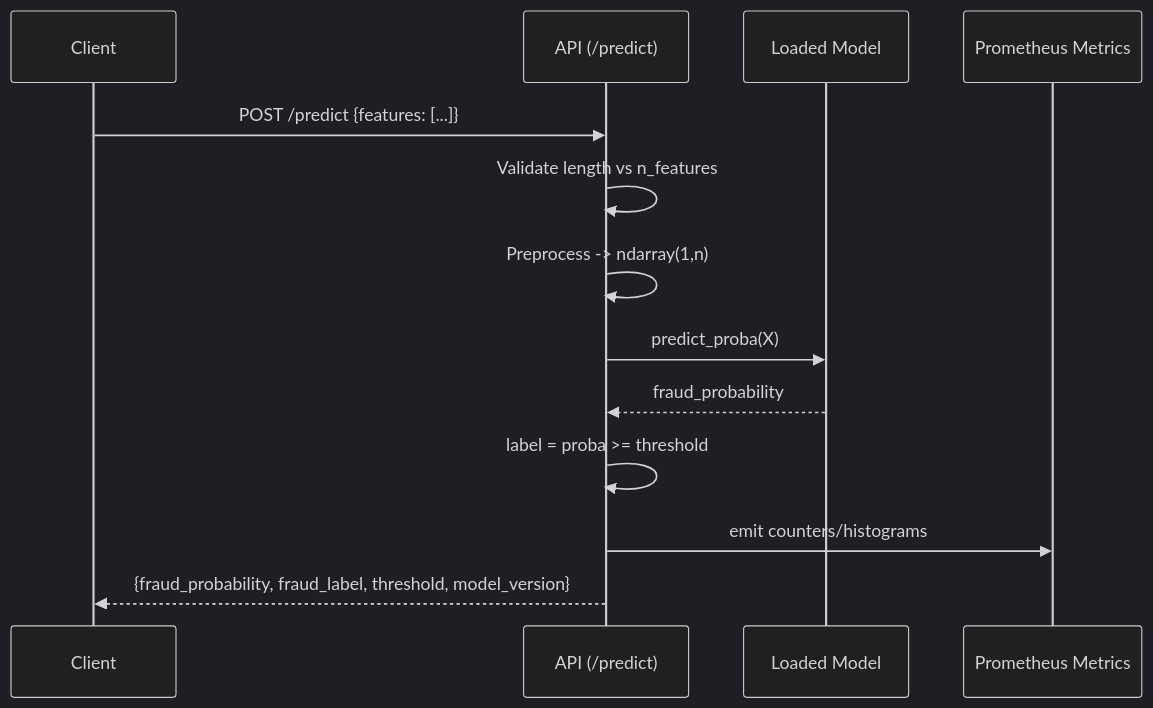
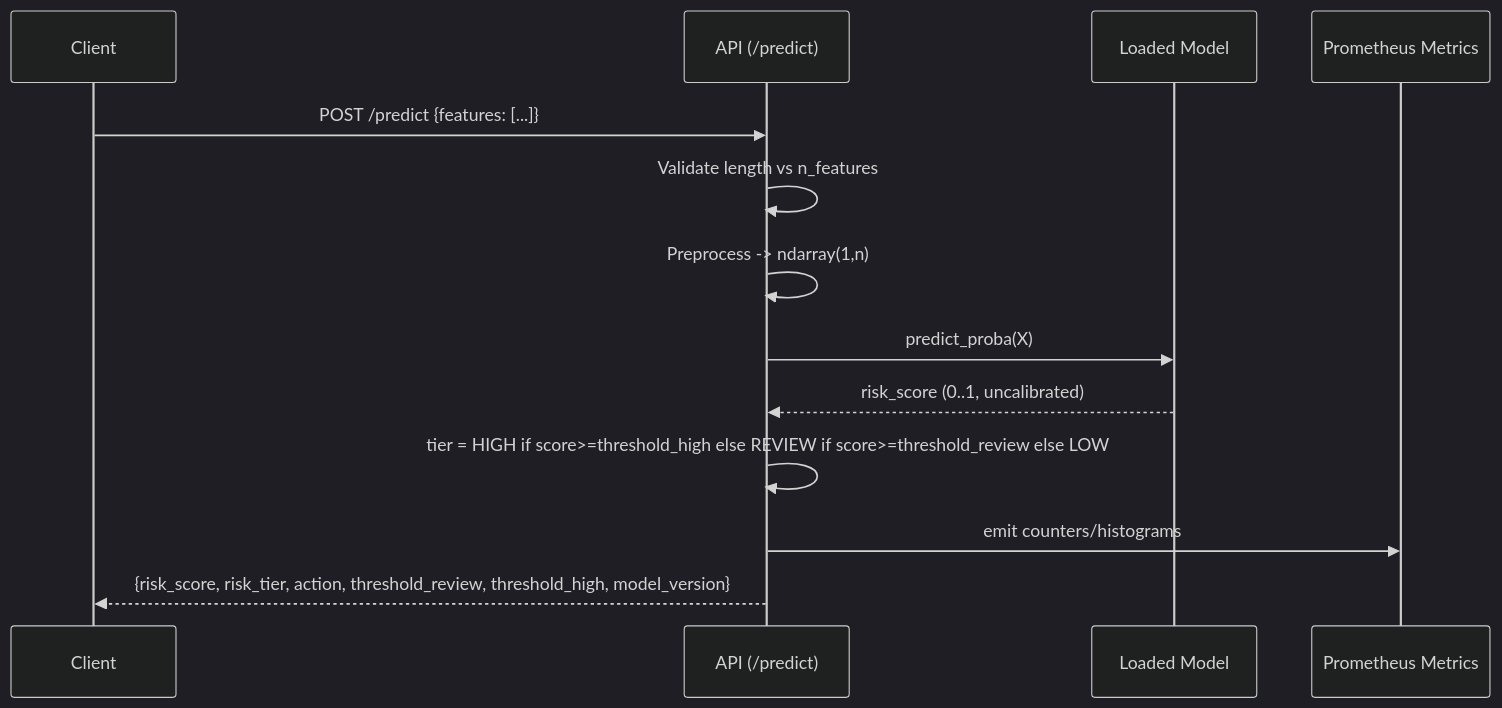
One commit to AnBinh1703/Final_Project_DMM501_Group1 changed the third of 4 diagrams in ARCHITECTURE.md. Above: the diagram before and after it, drawn with Mermaid (dark theme). The commit also changed other lines of this file and 72 other files, not shown here.

````diff
--- a/ARCHITECTURE.md
+++ b/ARCHITECTURE.md
@@ -56,16 +56,16 @@
 ```mermaid
 sequenceDiagram
   participant C as Client
   participant A as API (/predict)
   participant M as Loaded Model
   participant P as Prometheus Metrics
 
   C->>A: POST /predict {features: [...]}
   A->>A: Validate length vs n_features
   A->>A: Preprocess -> ndarray(1,n)
   A->>M: predict_proba(X)
-  M-->>A: fraud_probability
-  A->>A: label = proba >= threshold
+  M-->>A: risk_score (0..1, uncalibrated)
+  A->>A: tier = HIGH if score>=threshold_high else REVIEW if score>=threshold_review else LOW
   A->>P: emit counters/histograms
-  A-->>C: {fraud_probability, fraud_label, threshold, model_version}
+  A-->>C: {risk_score, risk_tier, action, threshold_review, threshold_high, model_version}
 ```
````
